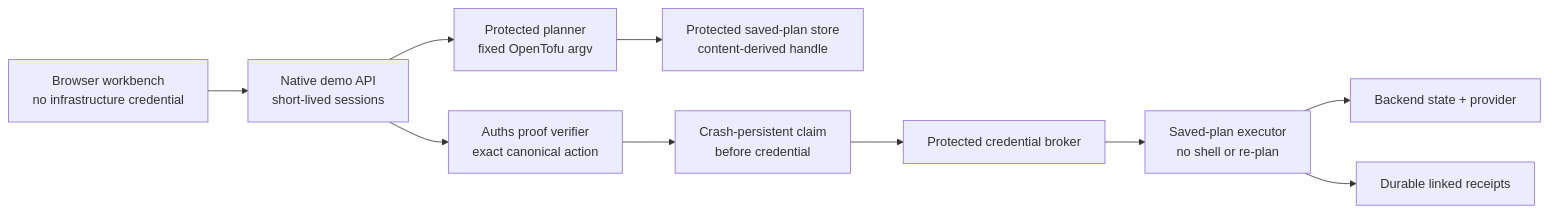
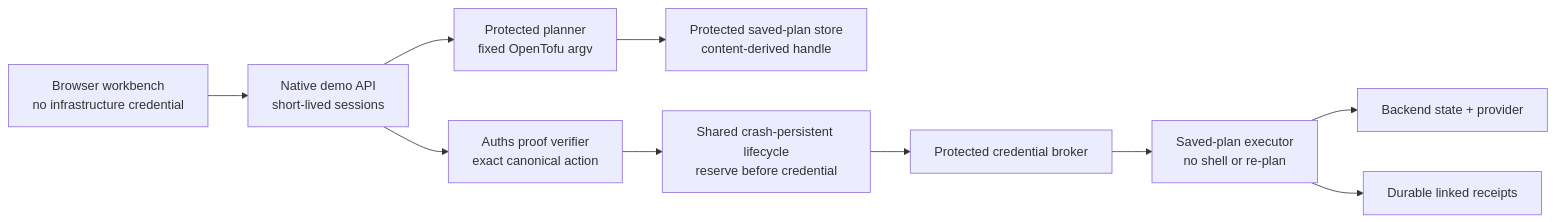
Before and after one commit to auths-dev/auths-proof: the diagram in demos/opentofu-plan/docs/architecture.md, drawn with Mermaid. The commit also changed other lines of this file and 17 other files, not shown here.

First line of the commit message:
feat(opentofu): adopt shared durable lifecycle

````diff
--- a/demos/opentofu-plan/docs/architecture.md
+++ b/demos/opentofu-plan/docs/architecture.md
@@ -1,12 +1,12 @@
 ```mermaid
 flowchart LR
     Browser["Browser workbench<br/>no infrastructure credential"] --> API["Native demo API<br/>short-lived sessions"]
     API --> Planner["Protected planner<br/>fixed OpenTofu argv"]
     Planner --> Artifact["Protected saved-plan store<br/>content-derived handle"]
     API --> Proof["Auths proof verifier<br/>exact canonical action"]
-    Proof --> Claim["Crash-persistent claim<br/>before credential"]
-    Claim --> Credential["Protected credential broker"]
+    Proof --> Lifecycle["Shared crash-persistent lifecycle<br/>reserve before credential"]
+    Lifecycle --> Credential["Protected credential broker"]
     Credential --> Executor["Saved-plan executor<br/>no shell or re-plan"]
     Executor --> State["Backend state + provider"]
     Executor --> Receipt["Durable linked receipts"]
 ```
````
